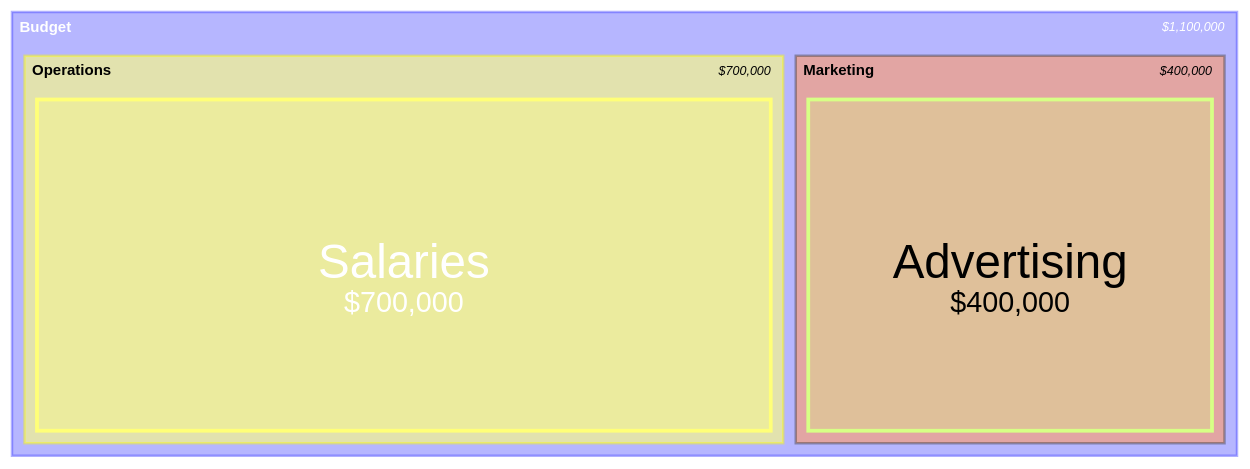
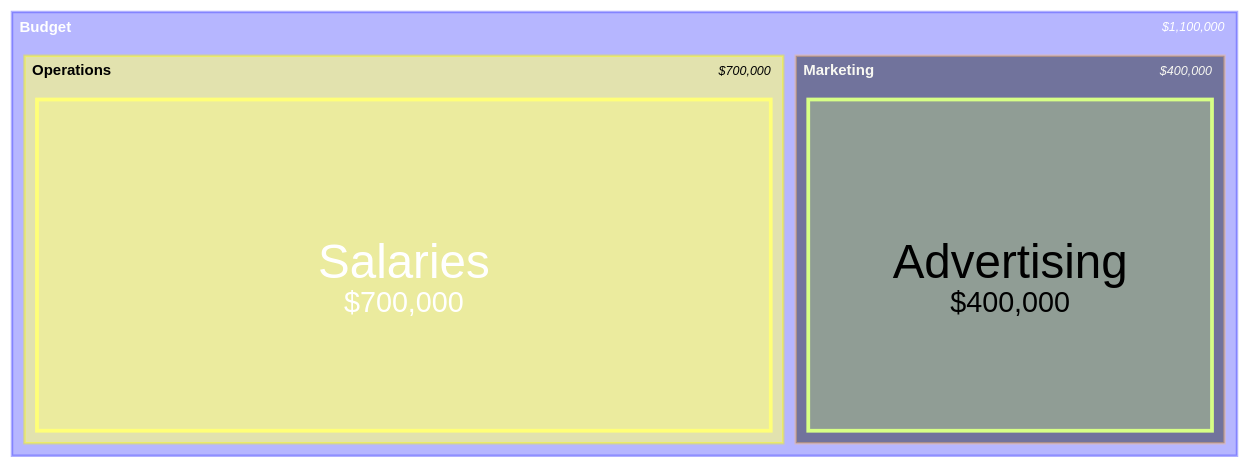
Before and after one commit to bsamiee/Rasm: diagram 11 of 21 in .claude/skills/mermaid-diagramming/references/syntax-extended.md, drawn with Mermaid. The commit also changed other lines of this file and 48 other files, not shown here.

````diff
--- a/.claude/skills/mermaid-diagramming/references/syntax-extended.md
+++ b/.claude/skills/mermaid-diagramming/references/syntax-extended.md
@@ -257,14 +259,14 @@
 ```mermaid
 ---
 config:
   treemap:
     valueFormat: '$0,0'
 ---
 treemap-beta
 "Budget"
     "Operations"
         "Salaries": 700000
     "Marketing":::focus
         "Advertising": 400000
-classDef focus fill:#f96,stroke:#333;
+classDef focus fill:#44475A,stroke:#FFB86C,color:#F8F8F2
 ```
````
